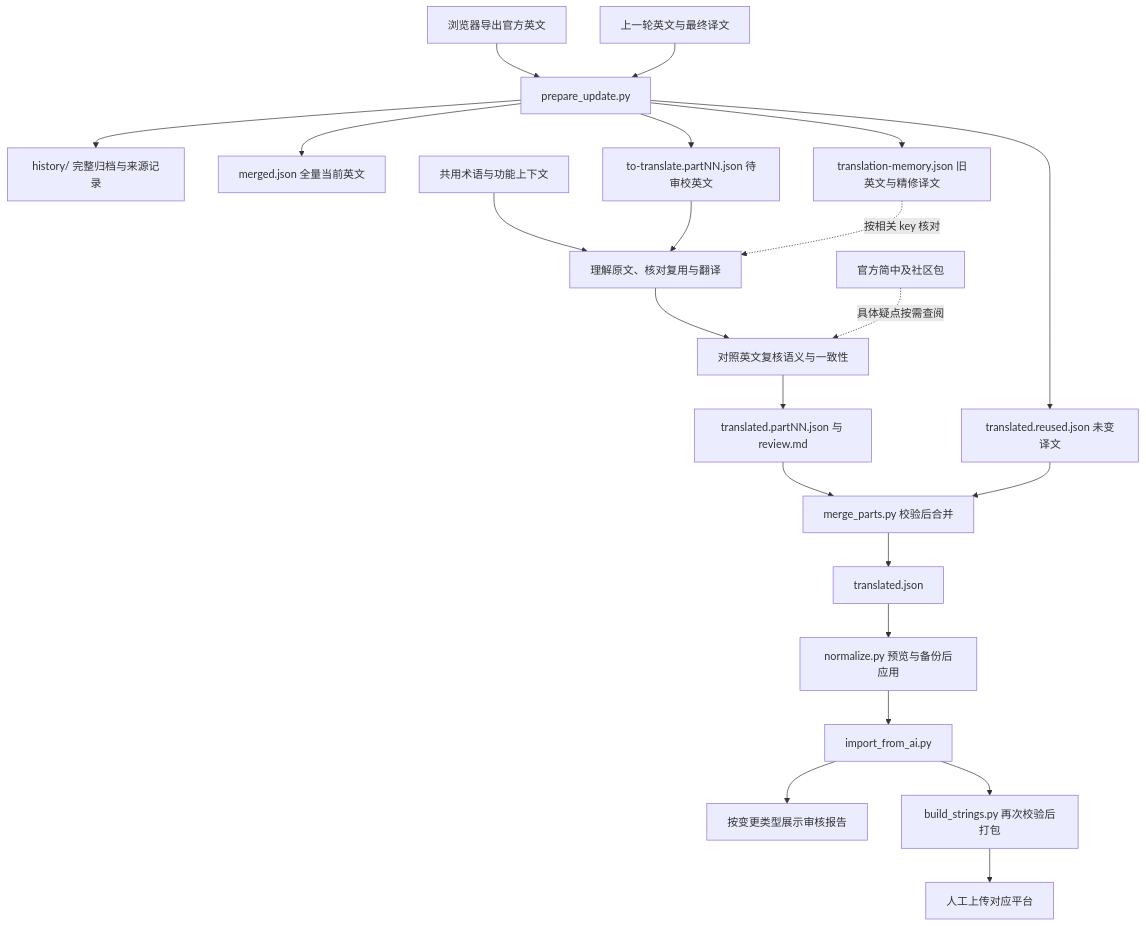
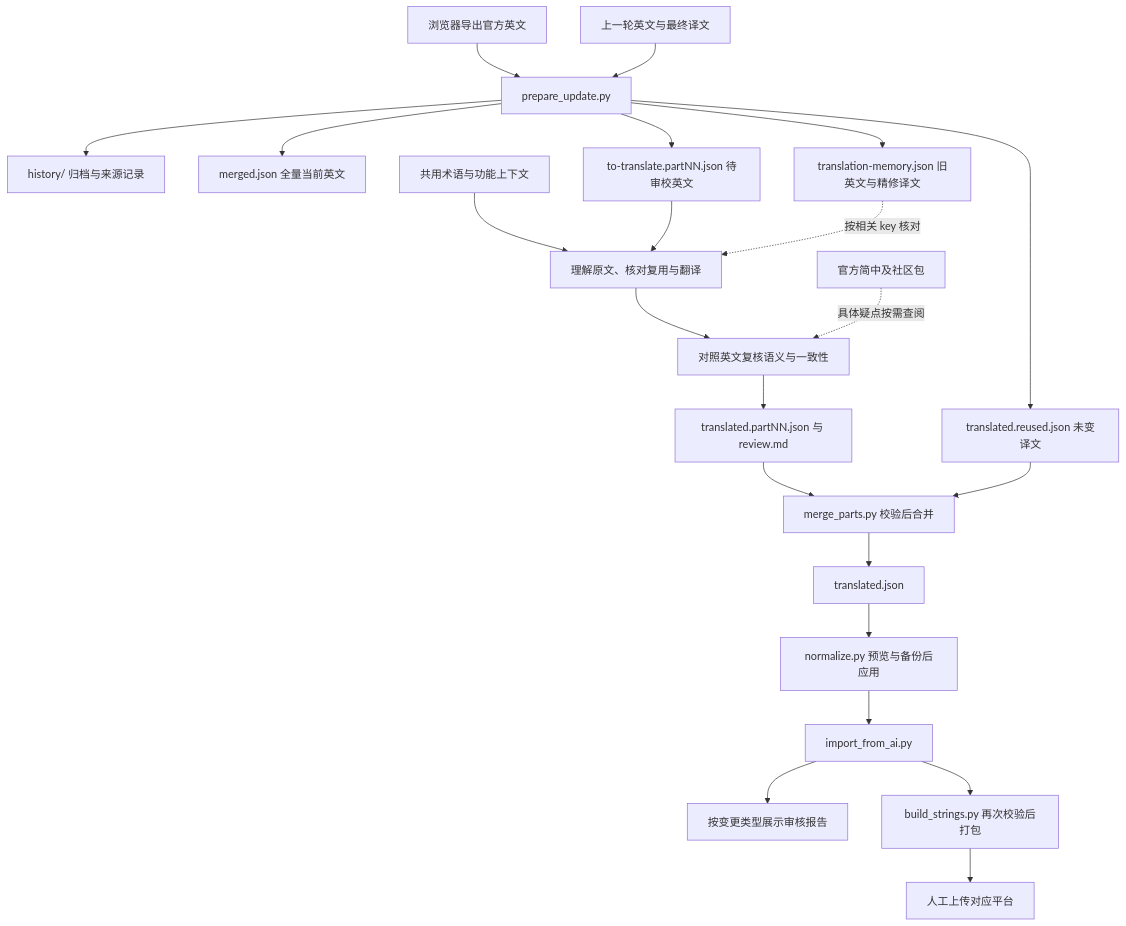
One commit to lainbo/tg-lang-zh-hans-refine changed the diagram in docs/01-architecture.md. Above: the diagram before and after it, drawn with Mermaid. The commit also changed other lines of this file and 7 other files, not shown here.

````diff
--- a/docs/01-architecture.md
+++ b/docs/01-architecture.md
@@ -13,24 +13,24 @@
 ```mermaid
 flowchart TD
     Download[浏览器导出官方英文] --> Prepare[prepare_update.py]
     Current[上一轮英文与最终译文] --> Prepare
-    Prepare --> History[history/ 完整归档与来源记录]
+    Prepare --> History[history/ 归档与来源记录]
     Prepare --> Merged[merged.json 全量当前英文]
     Prepare --> Input[to-translate.partNN.json 待审校英文]
     Prepare --> Memory[translation-memory.json 旧英文与精修译文]
     Prepare --> Reused[translated.reused.json 未变译文]
     Style[共用术语与功能上下文] --> Draft[理解原文、核对复用与翻译]
     Input --> Draft
     Draft --> Review[对照英文复核语义与一致性]
     Memory -.按相关 key 核对.-> Draft
     Reference[官方简中及社区包] -.具体疑点按需查阅.-> Review
     Review --> Parts[translated.partNN.json 与 review.md]
     Parts --> Merge[merge_parts.py 校验后合并]
     Reused --> Merge
     Merge --> Final[translated.json]
     Final --> Normalize[normalize.py 预览与备份后应用]
     Normalize --> Validate[import_from_ai.py]
     Validate --> Report[按变更类型展示审核报告]
     Validate --> Build[build_strings.py 再次校验后打包]
     Build --> Upload[人工上传对应平台]
 ```
````
